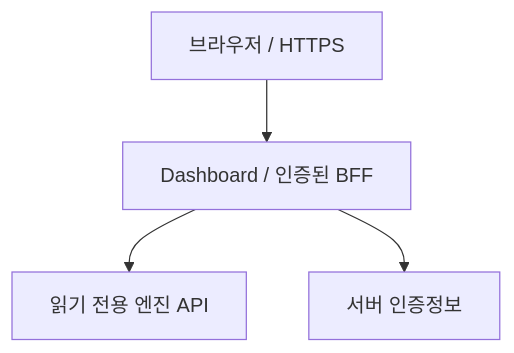
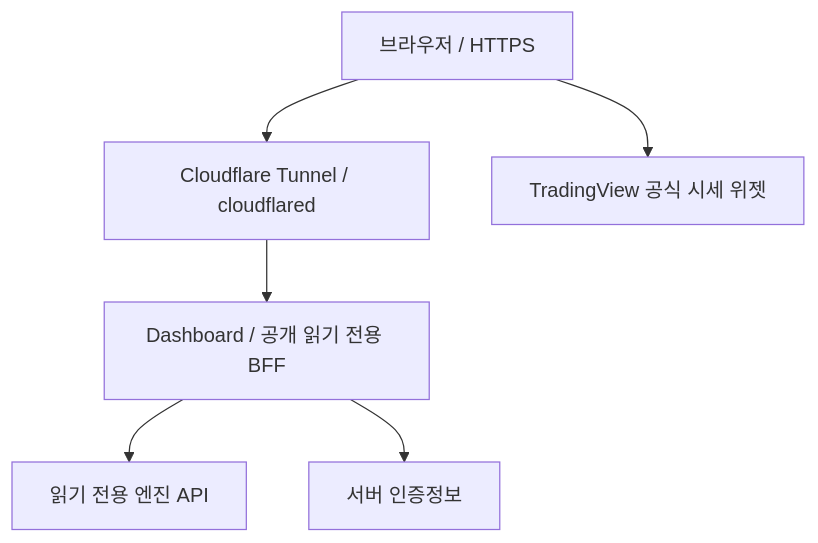
One commit to DaLae37/tqqq.dalae37.com changed the diagram in docs/ARCHITECTURE.md. Above: the diagram before and after it, drawn with Mermaid. The commit also changed other lines of this file and 46 other files, not shown here.

Commit message:
Make dashboard public with TradingView widgets

````diff
--- a/docs/ARCHITECTURE.md
+++ b/docs/ARCHITECTURE.md
@@ -5,6 +5,8 @@
 ```mermaid
 flowchart TD
-  User["브라우저 / HTTPS"] --> Dashboard["Dashboard / 인증된 BFF"]
+  User["브라우저 / HTTPS"] --> Tunnel["Cloudflare Tunnel / cloudflared"]
+  Tunnel --> Dashboard["Dashboard / 공개 읽기 전용 BFF"]
   Dashboard --> Engine["읽기 전용 엔진 API"]
   Dashboard --> Secret["서버 인증정보"]
+  User --> TradingView["TradingView 공식 시세 위젯"]
 ```
````
